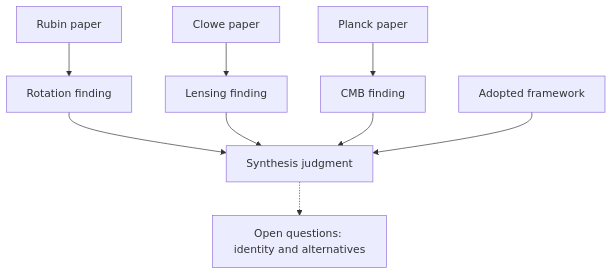
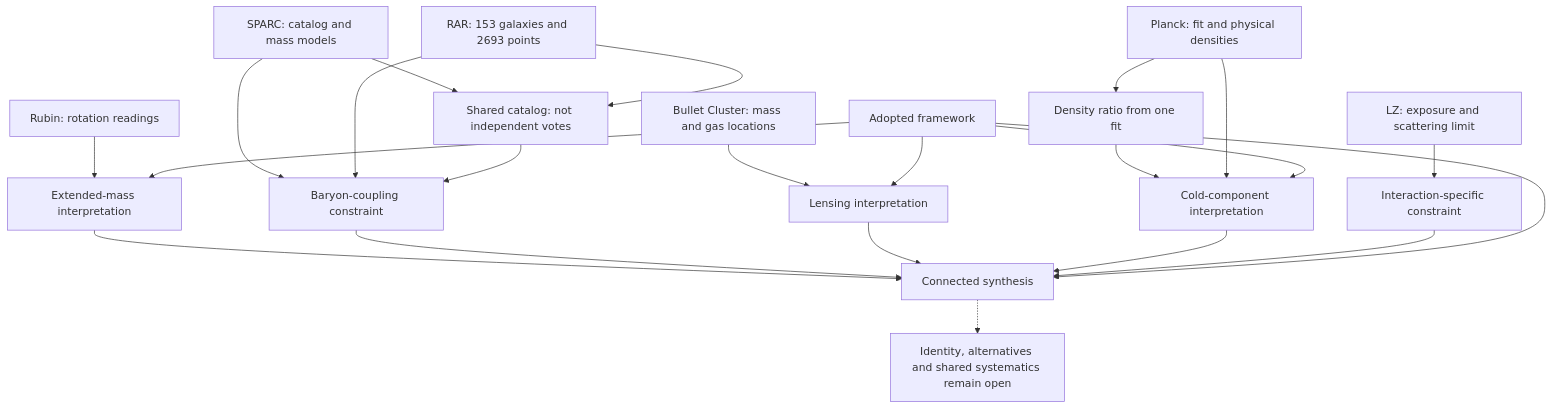
Before and after one commit to ilanbm/kpopper: the diagram in examples/dark-matter/README.md, drawn with Mermaid. The commit also changed other lines of this file and 49 other files, not shown here.

````diff
--- a/examples/dark-matter/README.md
+++ b/examples/dark-matter/README.md
@@ -48,11 +75,24 @@
 ```mermaid
 flowchart TD
-  R[Rubin paper] --> RF[Rotation finding]
-  L[Clowe paper] --> LF[Lensing finding]
-  P[Planck paper] --> PF[CMB finding]
-  RF --> S[Synthesis judgment]
-  LF --> S
-  PF --> S
-  F[Adopted framework] --> S
-  S -.-> Q[Open questions: identity and alternatives]
+  R[Rubin: rotation readings] --> G[Extended-mass interpretation]
+  S[SPARC: catalog and mass models] --> C[Baryon-coupling constraint]
+  A[RAR: 153 galaxies and 2693 points] --> C
+  S --> I[Shared catalog: not independent votes]
+  A --> I
+  I --> C
+  B[Bullet Cluster: mass and gas locations] --> L[Lensing interpretation]
+  P[Planck: fit and physical densities] --> D[Density ratio from one fit]
+  D --> M[Cold-component interpretation]
+  P --> M
+  Z[LZ: exposure and scattering limit] --> W[Interaction-specific constraint]
+  G --> Y[Connected synthesis]
+  C --> Y
+  L --> Y
+  M --> Y
+  W --> Y
+  F[Adopted framework] --> G
+  F --> L
+  F --> M
+  F --> Y
+  Y -.-> Q[Identity, alternatives and shared systematics remain open]
 ```
````
